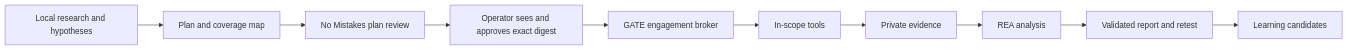
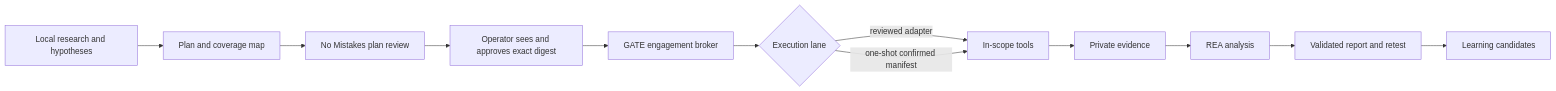
One commit to SmurfTurfPawpaw/GATE changed the second of 2 diagrams in docs/architecture.md. Above: the diagram before and after it, drawn with Mermaid. The commit also changed other lines of this file and 46 other files, not shown here.

````diff
--- a/docs/architecture.md
+++ b/docs/architecture.md
@@ -44,12 +45,14 @@
 ```mermaid
 flowchart LR
     I[Local research and hypotheses] --> R[Plan and coverage map]
     R --> Q[No Mistakes plan review]
     Q --> U[Operator sees and approves exact digest]
     U --> B[GATE engagement broker]
-    B --> X[In-scope tools]
+    B --> M{Execution lane}
+    M -->|reviewed adapter| X[In-scope tools]
+    M -->|one-shot confirmed manifest| X
     X --> E[Private evidence]
     E --> REA[REA analysis]
     REA --> D[Validated report and retest]
     D --> L[Learning candidates]
 ```
````
